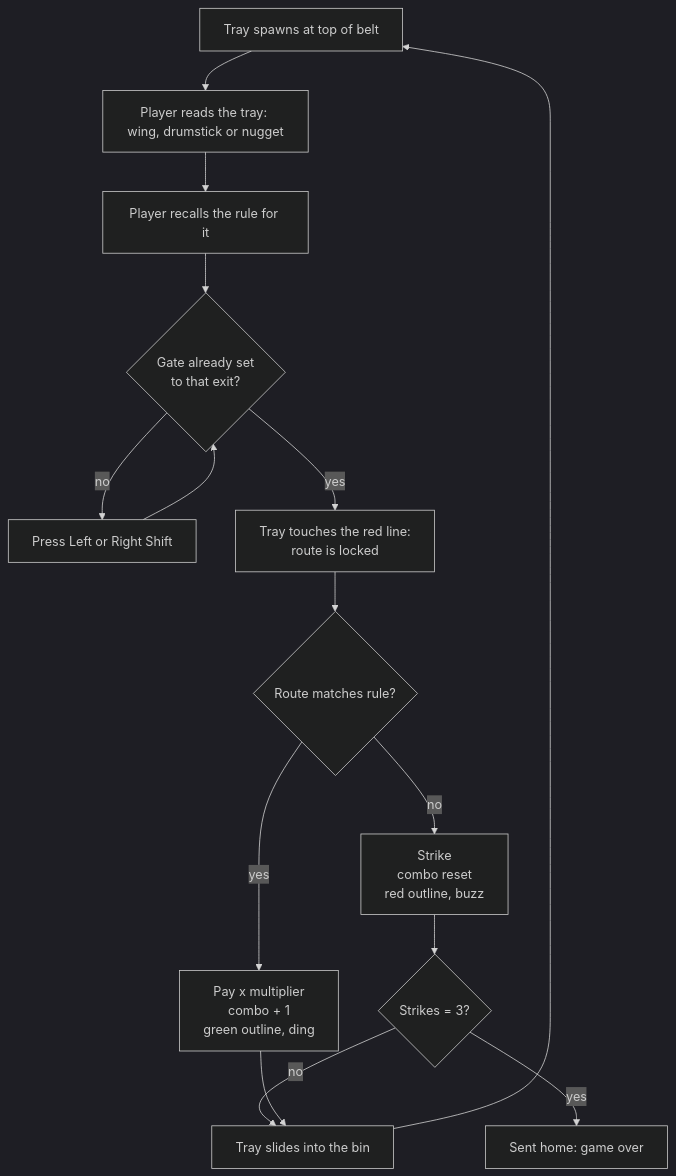
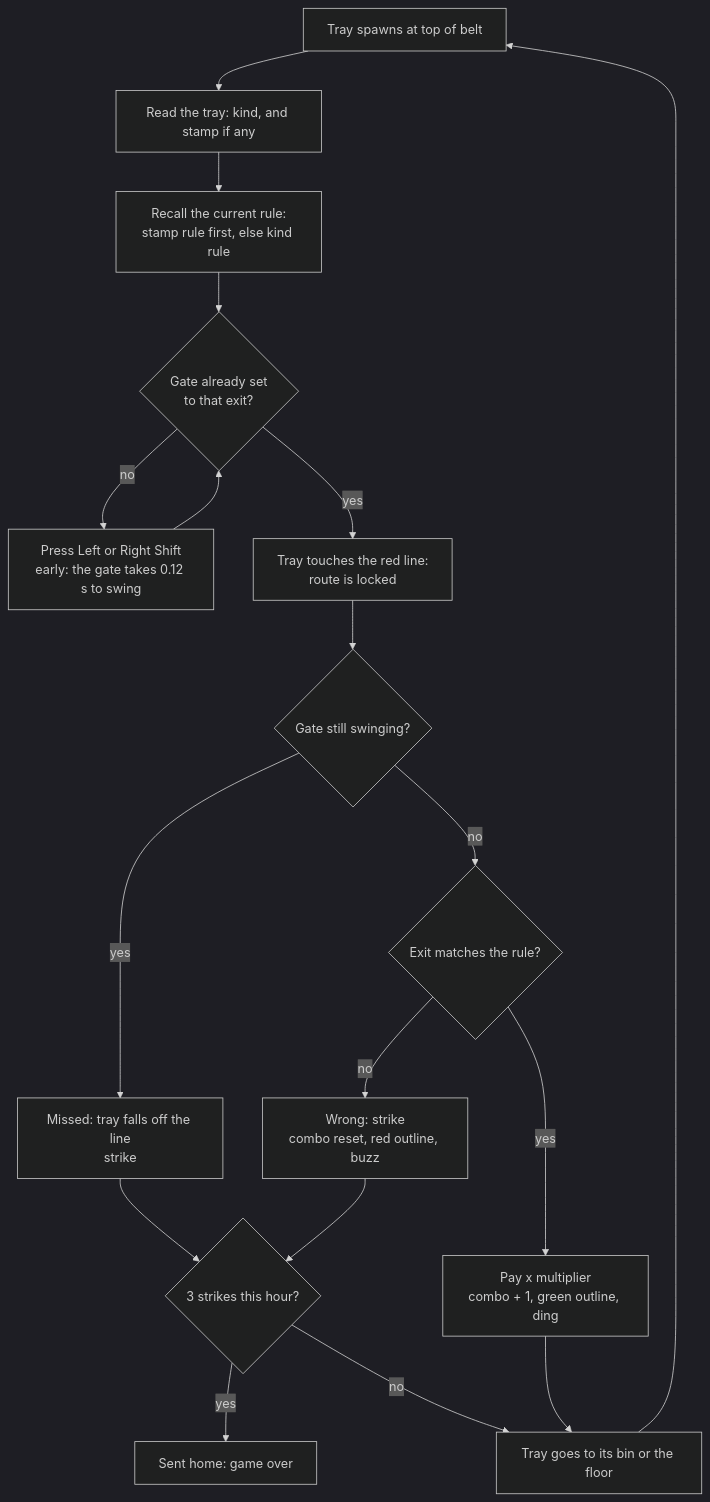
The first of 8 diagrams in docs/design.md (NiloyBhattacharjee/cluck-shift), drawn with Mermaid (dark theme) before and after one commit. The commit also changed other lines of this file and 16 other files, not shown here.

````diff
--- a/docs/design.md
+++ b/docs/design.md
@@ -89,17 +94,20 @@
 ```mermaid
 flowchart TD
-    A[Tray spawns at top of belt] --> B[Player reads the tray: wing, drumstick or nugget]
-    B --> C[Player recalls the rule for it]
+    A[Tray spawns at top of belt] --> B[Read the tray: kind, and stamp if any]
+    B --> C[Recall the current rule:<br/>stamp rule first, else kind rule]
     C --> D{Gate already set<br/>to that exit?}
-    D -- no --> E[Press Left or Right Shift]
+    D -- no --> E[Press Left or Right Shift<br/>early: the gate takes 0.12 s to swing]
     E --> D
     D -- yes --> F[Tray touches the red line:<br/>route is locked]
-    F --> G{Route matches rule?}
-    G -- yes --> H[Pay x multiplier<br/>combo + 1<br/>green outline, ding]
-    G -- no --> I[Strike<br/>combo reset<br/>red outline, buzz]
-    I --> J{Strikes = 3?}
-    J -- yes --> K[Sent home: game over]
-    J -- no --> L[Tray slides into the bin]
-    H --> L
-    L --> A
+    F --> G{Gate still swinging?}
+    G -- yes --> M[Missed: tray falls off the line<br/>strike]
+    G -- no --> H{Exit matches the rule?}
+    H -- yes --> I[Pay x multiplier<br/>combo + 1, green outline, ding]
+    H -- no --> J[Wrong: strike<br/>combo reset, red outline, buzz]
+    M --> K{3 strikes this hour?}
+    J --> K
+    K -- yes --> L[Sent home: game over]
+    K -- no --> N[Tray goes to its bin or the floor]
+    I --> N
+    N --> A
 ```
````
